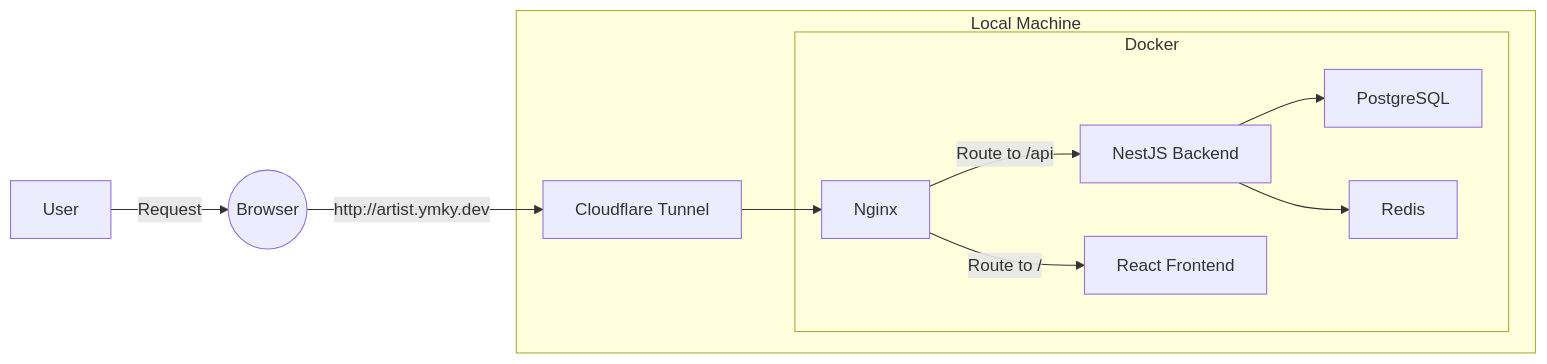
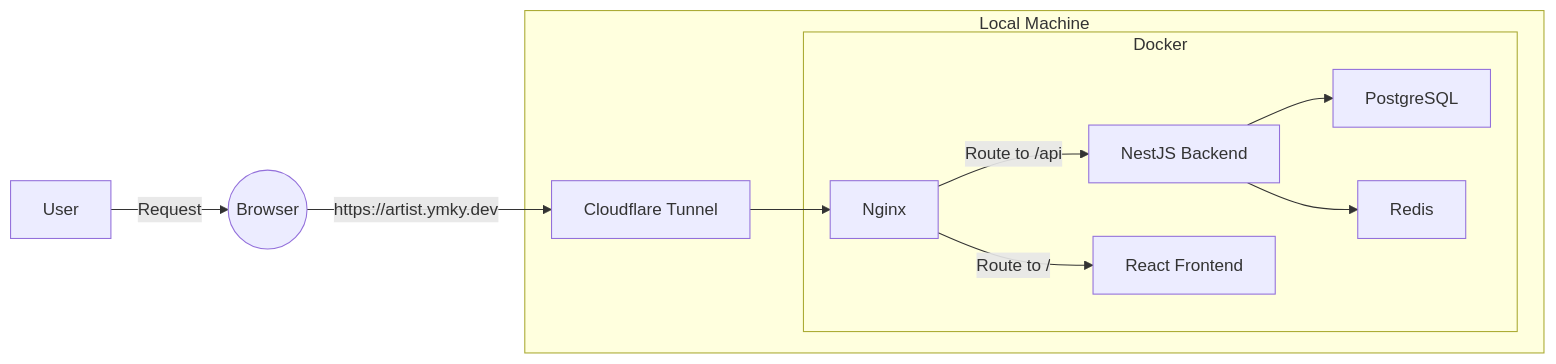
The diagram in localIntegrate/README.md (ih14c-13-14/infra), drawn with Mermaid before and after one commit.

````diff
--- a/localIntegrate/README.md
+++ b/localIntegrate/README.md
@@ -7,19 +7,19 @@
 ```mermaid
 graph LR
 
 A[User] -->|Request| B((Browser))
-B -->|http://artist.ymky.dev| C[Cloudflare Tunnel]
+B -->|https://artist.ymky.dev| C[Cloudflare Tunnel]
 
 subgraph LocalMachine[Local Machine]
     C --> D[Nginx]
 
     subgraph Docker[Docker]
         D -->|Route to /api| E[NestJS Backend]
         D -->|Route to /| F[React Frontend]
 
         E --> G[PostgreSQL]
         E --> H[Redis]
     end
 end
 
 ```
````
